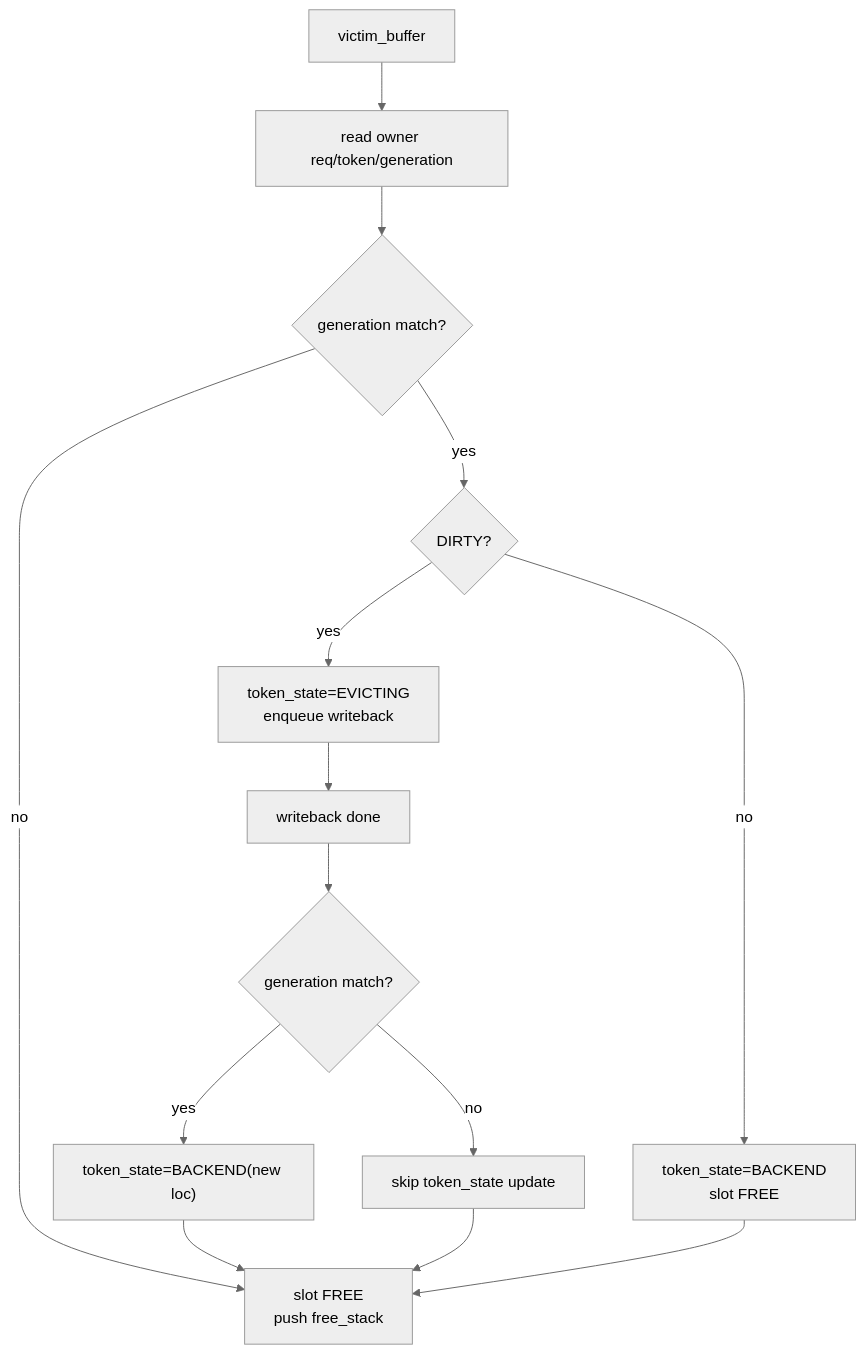
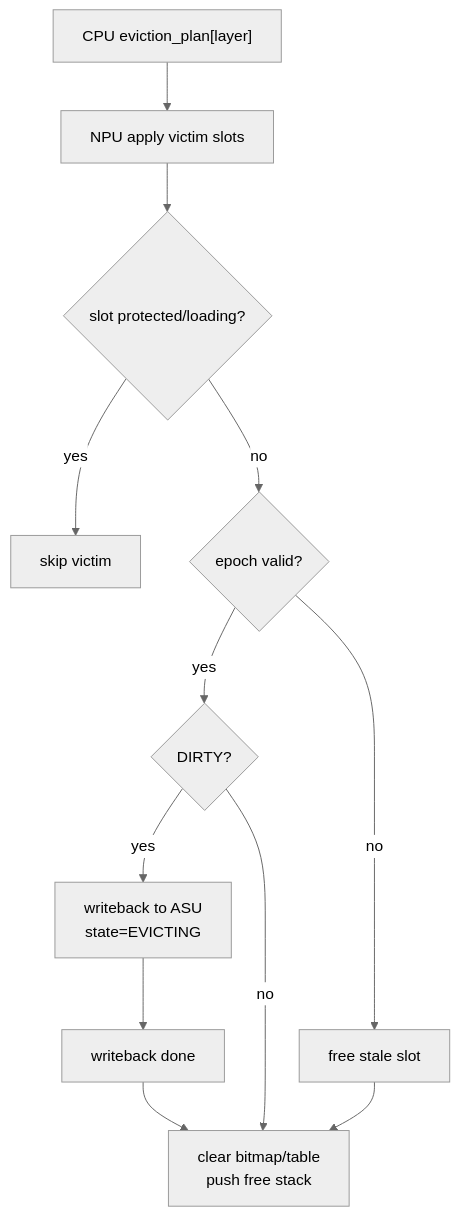
Before and after one commit to ykfnxx/ASU-Ascend: the seventh of 8 diagrams in docs/draft/2026-06-02-npu-hbm-kvcache-management-draft.md, drawn with Mermaid (neutral theme). The commit also changed other lines of this file, not shown here.

Commit message:
Rewrite KVCache draft around block table

````diff
--- a/docs/draft/2026-06-02-npu-hbm-kvcache-management-draft.md
+++ b/docs/draft/2026-06-02-npu-hbm-kvcache-management-draft.md
@@ -565,16 +702,14 @@
 ```mermaid
 flowchart TB
-    A["victim_buffer"] --> B["read owner req/token/generation"]
-    B --> C{"generation match?"}
-    C -- "no" --> D["slot FREE<br/>push free_stack"]
-    C -- "yes" --> E{"DIRTY?"}
-    E -- "no" --> F["token_state=BACKEND<br/>slot FREE"]
-    E -- "yes" --> G["token_state=EVICTING<br/>enqueue writeback"]
-    G --> H["writeback done"]
-    H --> I{"generation match?"}
-    I -- "yes" --> J["token_state=BACKEND(new loc)"]
-    I -- "no" --> K["skip token_state update"]
-    J --> D
-    K --> D
-    F --> D
+    A["CPU eviction_plan[layer]"] --> B["NPU apply victim slots"]
+    B --> C{"slot protected/loading?"}
+    C -- "yes" --> D["skip victim"]
+    C -- "no" --> E{"epoch valid?"}
+    E -- "no" --> F["free stale slot"]
+    E -- "yes" --> G{"DIRTY?"}
+    G -- "yes" --> H["writeback to ASU<br/>state=EVICTING"]
+    H --> I["writeback done"]
+    I --> J["clear bitmap/table<br/>push free stack"]
+    G -- "no" --> J
+    F --> J
 ```
````
